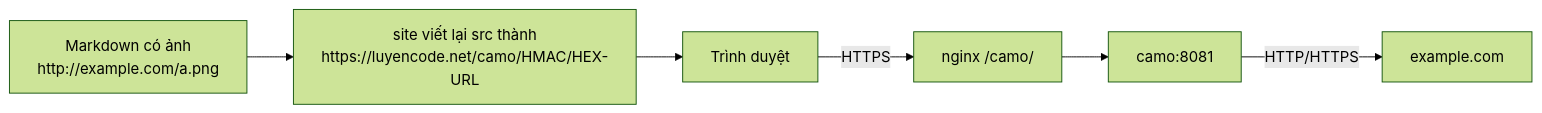
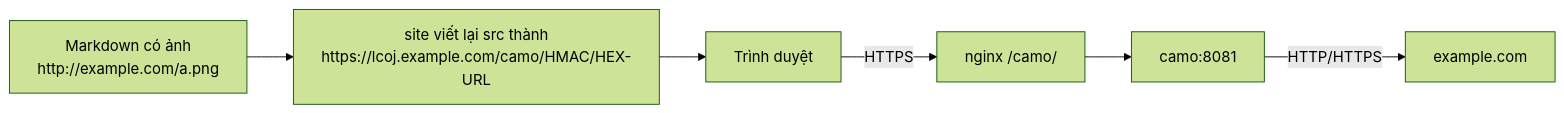
The diagram in src/operate/ssl-content-proxy.md (luyencode/docs), drawn with Mermaid (forest theme) before and after one commit. The commit also changed other lines of this file and 70 other files, not shown here.

````diff
--- a/src/operate/ssl-content-proxy.md
+++ b/src/operate/ssl-content-proxy.md
@@ -26,8 +26,8 @@
 ```mermaid
 flowchart LR
-  A["Markdown có ảnh<br/>http://example.com/a.png"] --> B["site viết lại src thành<br/>https://luyencode.net/camo/HMAC/HEX-URL"]
+  A["Markdown có ảnh<br/>http://example.com/a.png"] --> B["site viết lại src thành<br/>https://lcoj.example.com/camo/HMAC/HEX-URL"]
   B --> C["Trình duyệt"]
   C -->|HTTPS| D["nginx /camo/"]
   D --> E["camo:8081"]
   E -->|HTTP/HTTPS| F["example.com"]
 ```
````
